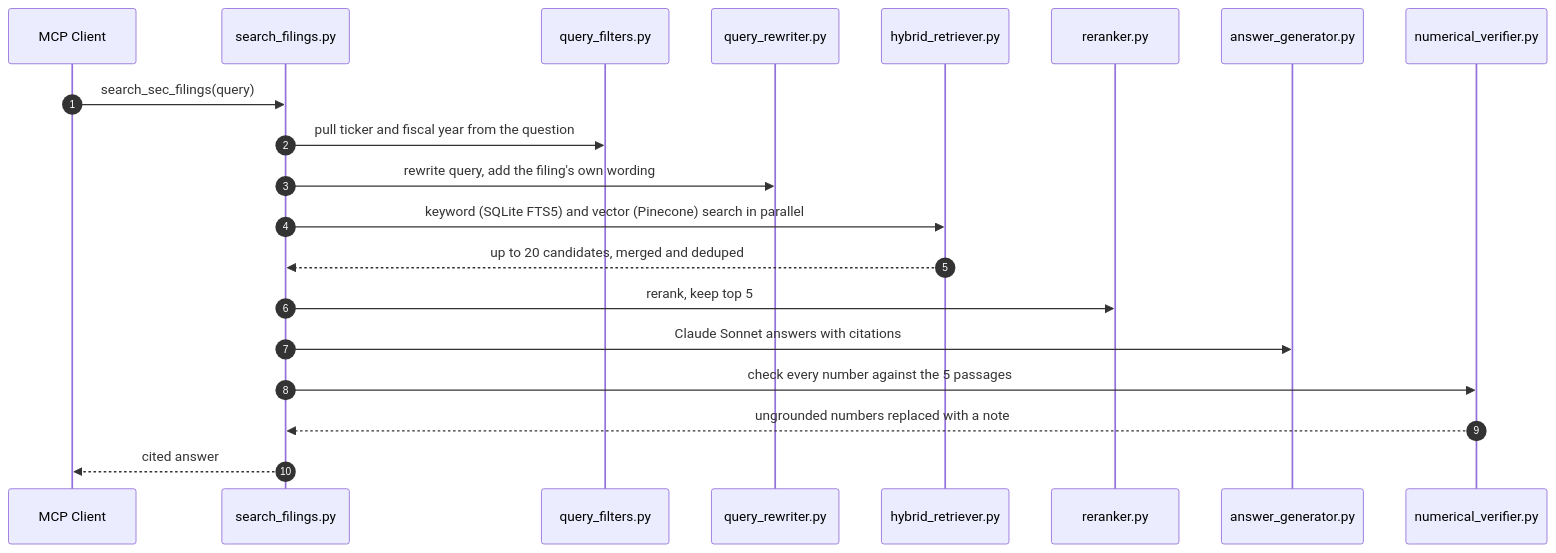
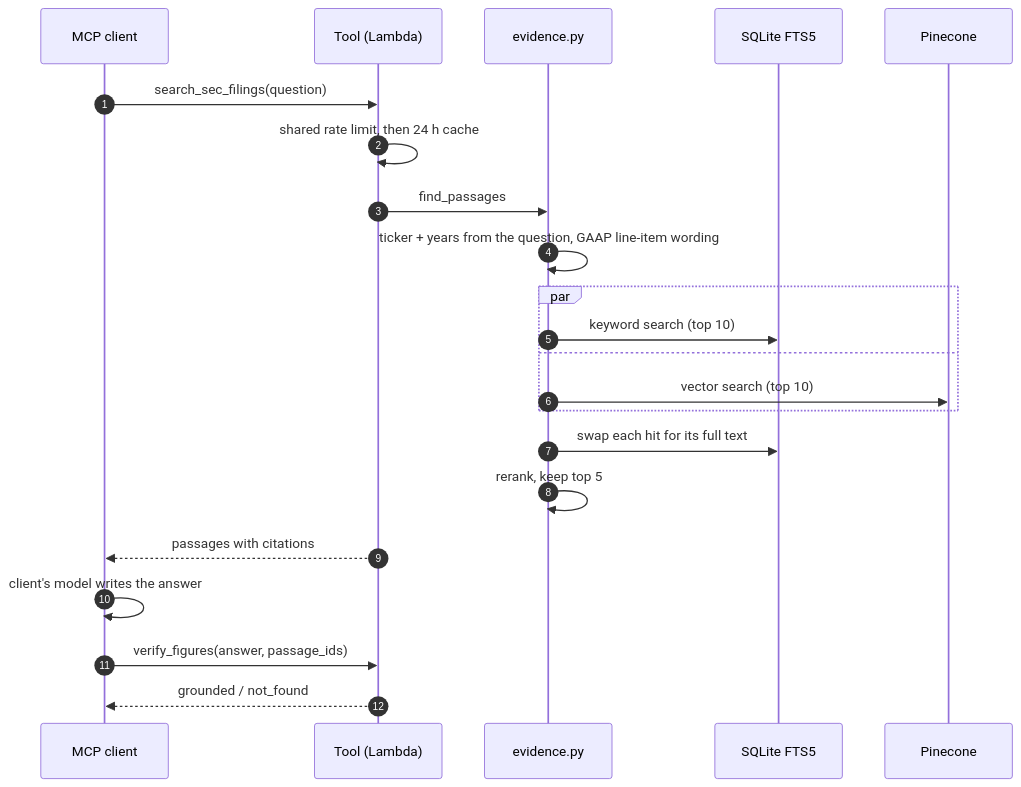
One commit to karthikreddyyalala/FinRAG changed the diagram in README.md. Above: the diagram before and after it, drawn with Mermaid. The commit also changed other lines of this file and 4 other files, not shown here.

First line of the commit message:
README, walkthrough and query diagram for the public evidence server; replay shows grounded figures, not cached timings

````diff
--- a/README.md
+++ b/README.md
@@ -11,23 +49,25 @@
 ```mermaid
 sequenceDiagram
     autonumber
-    participant U as MCP Client
-    participant S as search_filings.py
-    participant QF as query_filters.py
-    participant QR as query_rewriter.py
-    participant HR as hybrid_retriever.py
-    participant RR as reranker.py
-    participant AG as answer_generator.py
-    participant NV as numerical_verifier.py
+    participant C as MCP client
+    participant T as Tool (Lambda)
+    participant E as evidence.py
+    participant BM as SQLite FTS5
+    participant PC as Pinecone
 
-    U->>S: search_sec_filings(query)
-    S->>QF: pull ticker and fiscal year from the question
-    S->>QR: rewrite query, add the filing's own wording
-    S->>HR: keyword (SQLite FTS5) and vector (Pinecone) search in parallel
-    HR-->>S: up to 20 candidates, merged and deduped
-    S->>RR: rerank, keep top 5
-    S->>AG: Claude Sonnet answers with citations
-    S->>NV: check every number against the 5 passages
-    NV-->>S: ungrounded numbers replaced with a note
-    S-->>U: cited answer
+    C->>T: search_sec_filings(question)
+    T->>T: shared rate limit, then 24 h cache
+    T->>E: find_passages
+    E->>E: ticker + years from the question, GAAP line-item wording
+    par
+        E->>BM: keyword search (top 10)
+    and
+        E->>PC: vector search (top 10)
+    end
+    E->>BM: swap each hit for its full text
+    E->>E: rerank, keep top 5
+    T-->>C: passages with citations
+    C->>C: client's model writes the answer
+    C->>T: verify_figures(answer, passage_ids)
+    T-->>C: grounded / not_found
 ```
````
